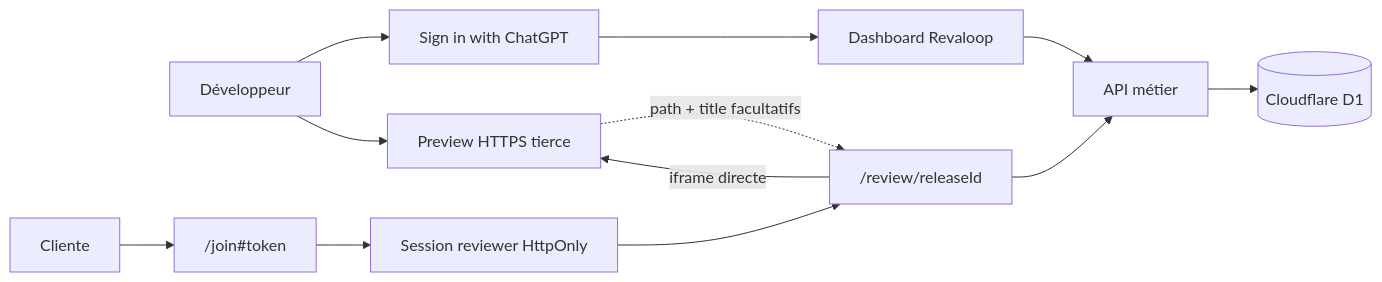
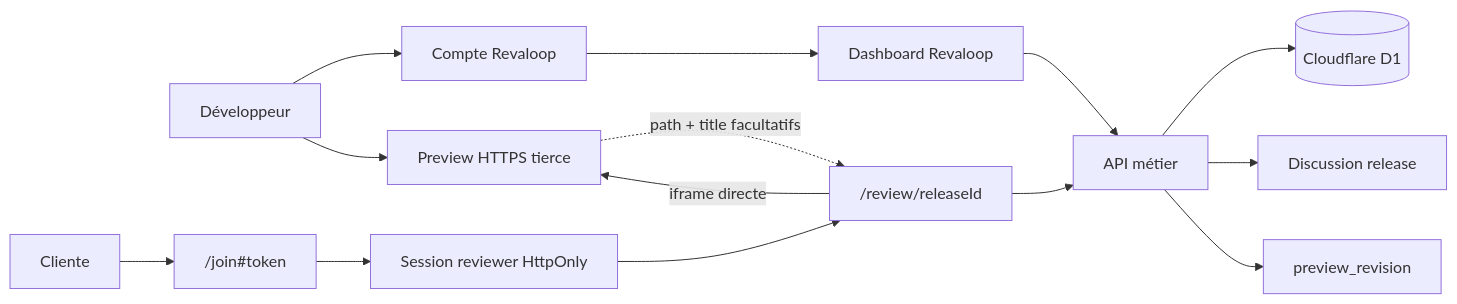
The first of 3 diagrams in docs/ARCHITECTURE.md (rfielbal/Revaloop), drawn with Mermaid before and after one commit. The commit also changed other lines of this file and 55 other files, not shown here.

````diff
--- a/docs/ARCHITECTURE.md
+++ b/docs/ARCHITECTURE.md
@@ -19,16 +20,18 @@
 ```mermaid
 flowchart LR
-    dev["Développeur"] --> siwc["Sign in with ChatGPT"]
-    siwc --> dashboard["Dashboard Revaloop"]
+    dev["Développeur"] --> auth["Compte Revaloop"]
+    auth --> dashboard["Dashboard Revaloop"]
     dashboard --> api["API métier"]
 
     dev --> preview["Preview HTTPS tierce"]
     api --> d1[("Cloudflare D1")]
 
     client["Cliente"] --> join["/join#token"]
     join --> session["Session reviewer HttpOnly"]
     session --> review["/review/releaseId"]
     review --> api
     review -->|"iframe directe"| preview
     preview -. "path + title facultatifs" .-> review
+    api --> messages["Discussion release"]
+    api --> revision["preview_revision"]
 ```
````
